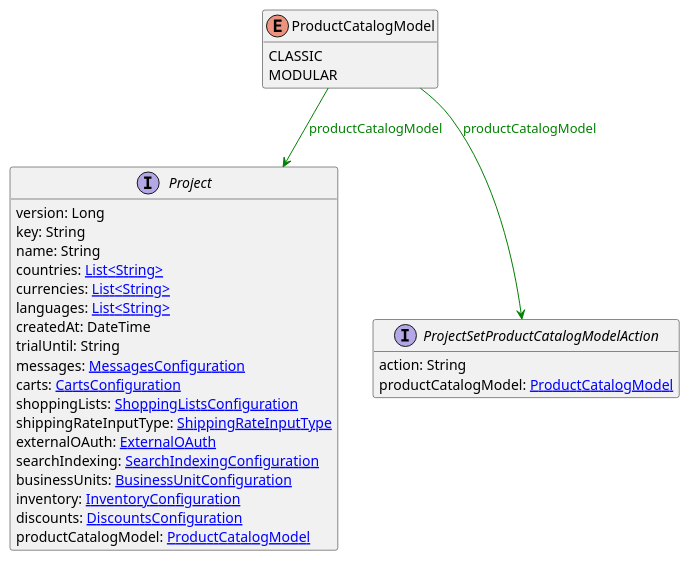
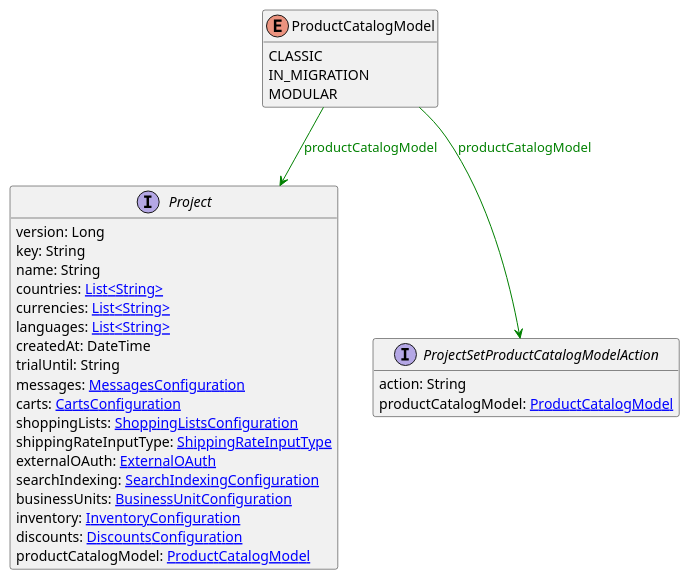
One commit to commercetools/commercetools-api-reference changed the diagram in uml/api/ProductCatalogModel.puml. Above: the diagram before and after it, drawn with PlantUML. The commit also changed 2 other files, not shown here.

```diff
--- a/uml/api/ProductCatalogModel.puml
+++ b/uml/api/ProductCatalogModel.puml
@@ -1,34 +1,35 @@
 @startuml
 
 hide methods
 enum ProductCatalogModel {
     CLASSIC
+    IN_MIGRATION
     MODULAR
 }
 interface Project [[Project.svg]]  {
     version: Long
     key: String
     name: String
     countries: [[String.svg List<String>]]
     currencies: [[String.svg List<String>]]
     languages: [[String.svg List<String>]]
     createdAt: DateTime
     trialUntil: String
     messages: [[MessagesConfiguration.svg MessagesConfiguration]]
     carts: [[CartsConfiguration.svg CartsConfiguration]]
     shoppingLists: [[ShoppingListsConfiguration.svg ShoppingListsConfiguration]]
     shippingRateInputType: [[ShippingRateInputType.svg ShippingRateInputType]]
     externalOAuth: [[ExternalOAuth.svg ExternalOAuth]]
     searchIndexing: [[SearchIndexingConfiguration.svg SearchIndexingConfiguration]]
     businessUnits: [[BusinessUnitConfiguration.svg BusinessUnitConfiguration]]
     inventory: [[InventoryConfiguration.svg InventoryConfiguration]]
     discounts: [[DiscountsConfiguration.svg DiscountsConfiguration]]
     productCatalogModel: [[ProductCatalogModel.svg ProductCatalogModel]]
 }
 interface ProjectSetProductCatalogModelAction [[ProjectSetProductCatalogModelAction.svg]]  {
     action: String
     productCatalogModel: [[ProductCatalogModel.svg ProductCatalogModel]]
 }
 ProductCatalogModel --> Project #green;text:green : "productCatalogModel"
 ProductCatalogModel --> ProjectSetProductCatalogModelAction #green;text:green : "productCatalogModel"
 @enduml
```
